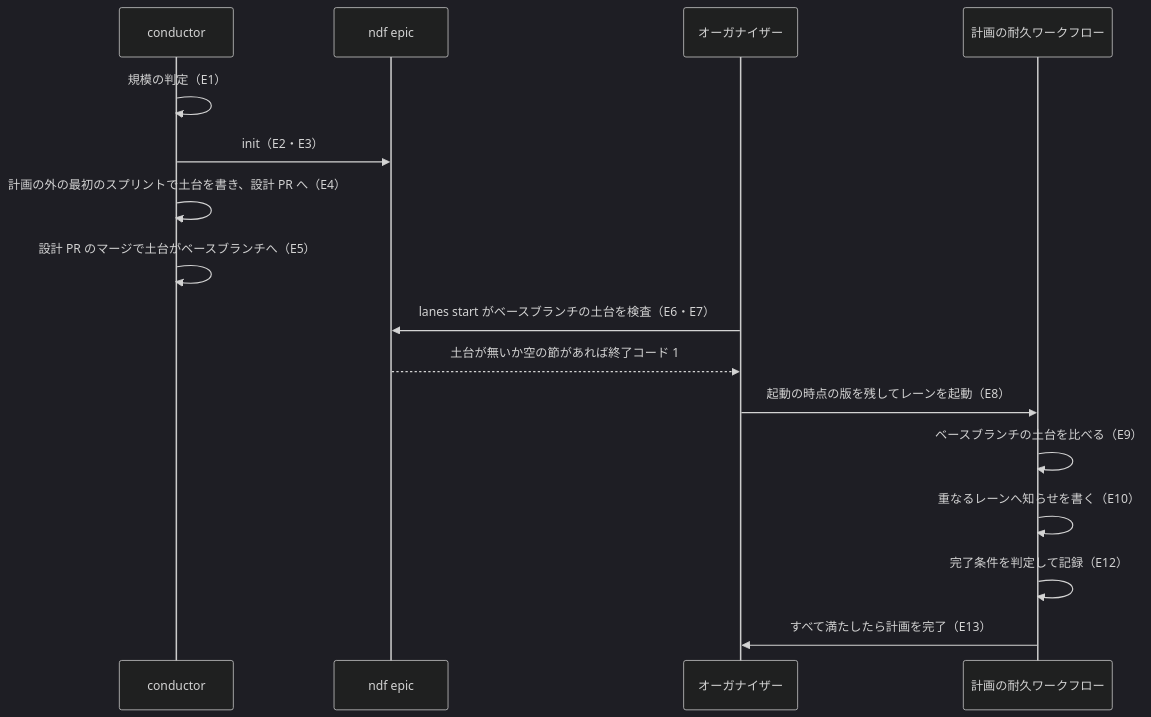
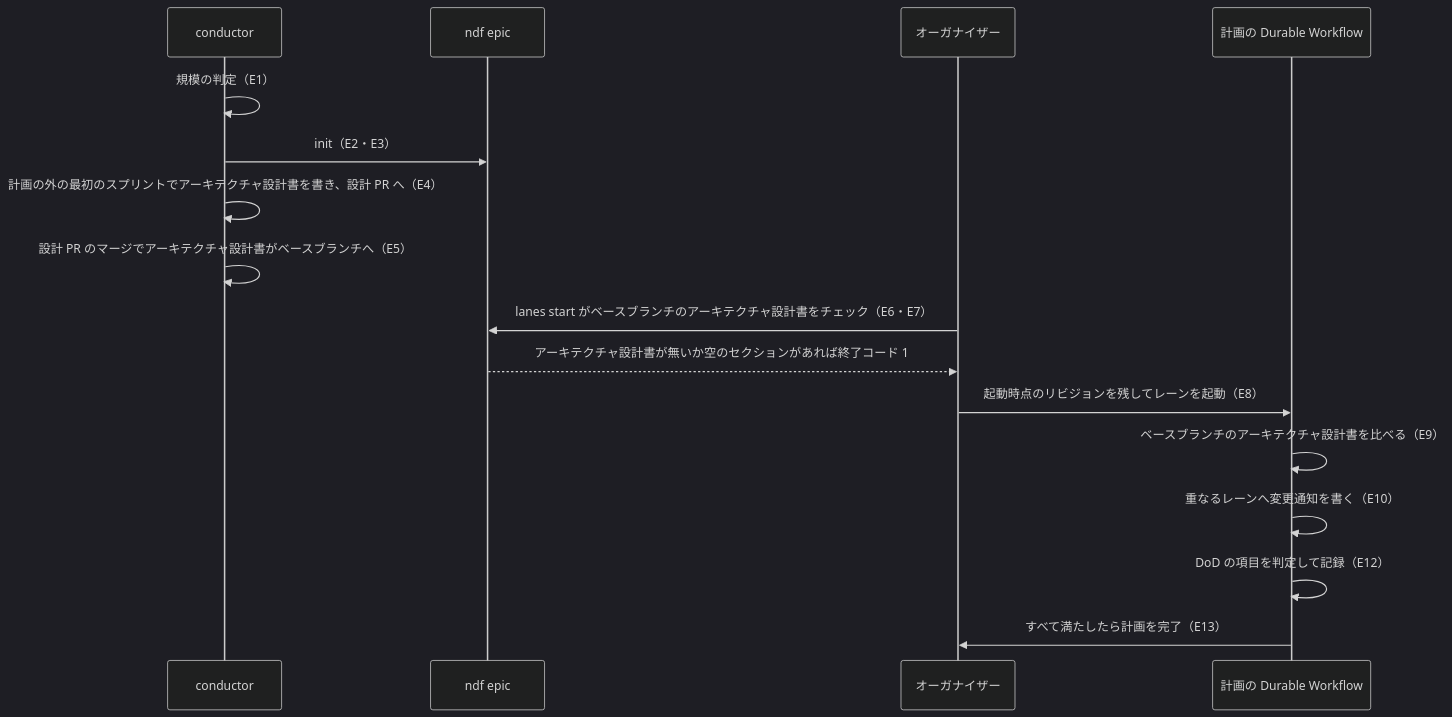
Before and after one commit to devbasex/ai-plugins: the fourth of 5 diagrams in issues/issue-3600-design.md, drawn with Mermaid (dark theme). The commit also changed other lines of this file and 2 other files, not shown here.

````diff
--- a/issues/issue-3600-design.md
+++ b/issues/issue-3600-design.md
@@ -437,18 +441,18 @@
 ```mermaid
 sequenceDiagram
     participant C as conductor
     participant E as ndf epic
     participant O as オーガナイザー
-    participant W as 計画の耐久ワークフロー
+    participant W as 計画の Durable Workflow
     C->>C: 規模の判定（E1）
     C->>E: init（E2・E3）
-    C->>C: 計画の外の最初のスプリントで土台を書き、設計 PR へ（E4）
-    C->>C: 設計 PR のマージで土台がベースブランチへ（E5）
-    O->>E: lanes start がベースブランチの土台を検査（E6・E7）
-    E-->>O: 土台が無いか空の節があれば終了コード 1
-    O->>W: 起動の時点の版を残してレーンを起動（E8）
-    W->>W: ベースブランチの土台を比べる（E9）
-    W->>W: 重なるレーンへ知らせを書く（E10）
-    W->>W: 完了条件を判定して記録（E12）
+    C->>C: 計画の外の最初のスプリントでアーキテクチャ設計書を書き、設計 PR へ（E4）
+    C->>C: 設計 PR のマージでアーキテクチャ設計書がベースブランチへ（E5）
+    O->>E: lanes start がベースブランチのアーキテクチャ設計書をチェック（E6・E7）
+    E-->>O: アーキテクチャ設計書が無いか空のセクションがあれば終了コード 1
+    O->>W: 起動時点のリビジョンを残してレーンを起動（E8）
+    W->>W: ベースブランチのアーキテクチャ設計書を比べる（E9）
+    W->>W: 重なるレーンへ変更通知を書く（E10）
+    W->>W: DoD の項目を判定して記録（E12）
     W->>O: すべて満たしたら計画を完了（E13）
 ```
````
